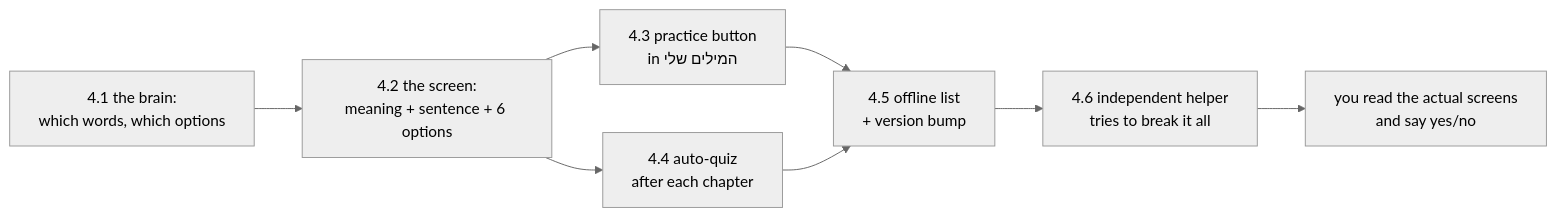
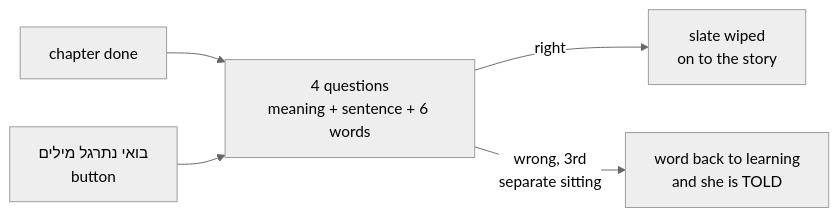
One commit to dkreinov/magic-clinic-english changed the diagram in .oplan/word-quiz/STATUS.md. Above: the diagram before and after it, drawn with Mermaid (neutral theme). The commit also changed other lines of this file and 5 other files, not shown here.

````diff
--- a/.oplan/word-quiz/STATUS.md
+++ b/.oplan/word-quiz/STATUS.md
@@ -15,10 +15,7 @@
 ```mermaid
 flowchart LR
-    A["4.1 the brain:<br/>which words, which options"] --> B["4.2 the screen:<br/>meaning + sentence + 6 options"]
-    B --> C["4.3 practice button<br/>in המילים שלי"]
-    B --> D["4.4 auto-quiz<br/>after each chapter"]
-    C --> E["4.5 offline list<br/>+ version bump"]
-    D --> E
-    E --> F["4.6 independent helper<br/>tries to break it all"]
-    F --> G["you read the actual screens<br/>and say yes/no"]
+    A["chapter done"] --> B["4 questions<br/>meaning + sentence + 6 words"]
+    B -->|right| C["slate wiped<br/>on to the story"]
+    B -->|"wrong, 3rd<br/>separate sitting"| D["word back to learning<br/>and she is TOLD"]
+    E["בואי נתרגל מילים<br/>button"] --> B
 ```
````
